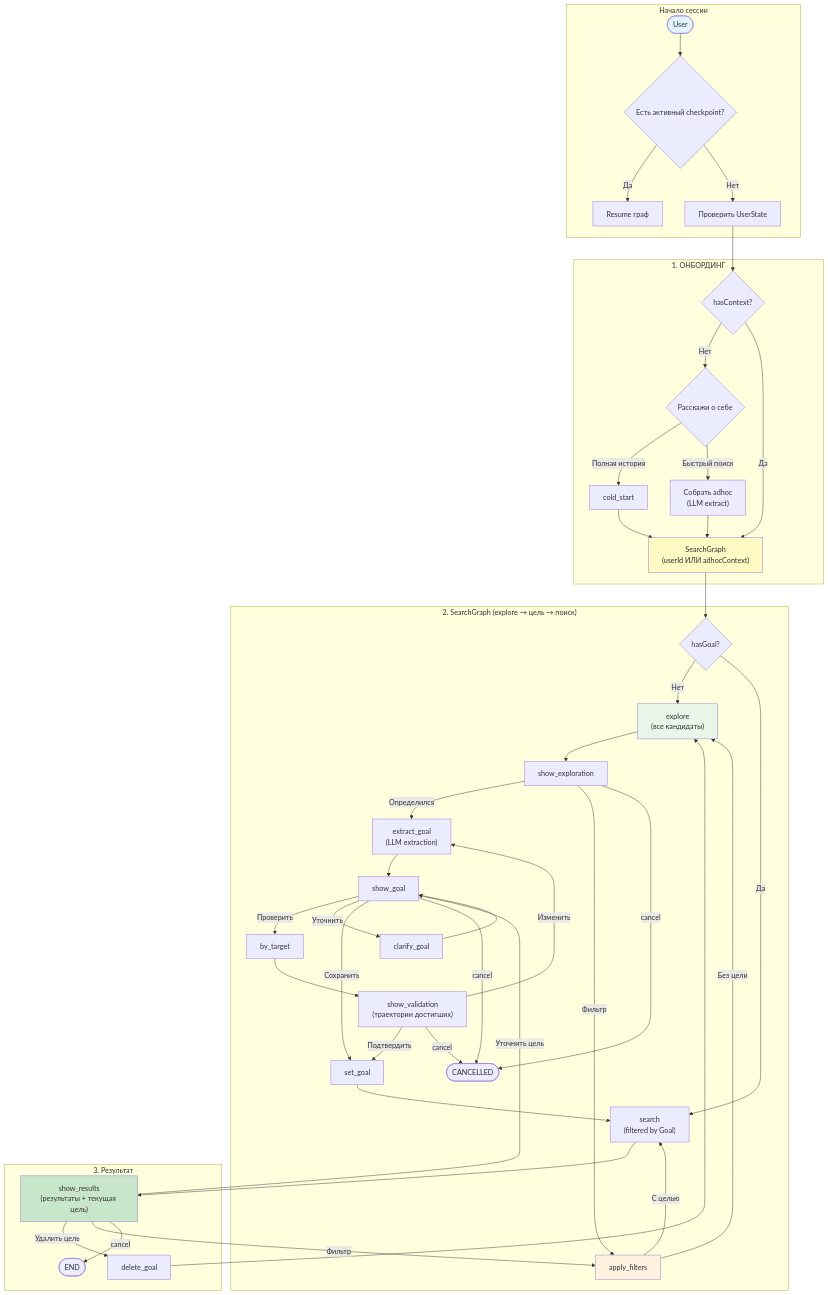
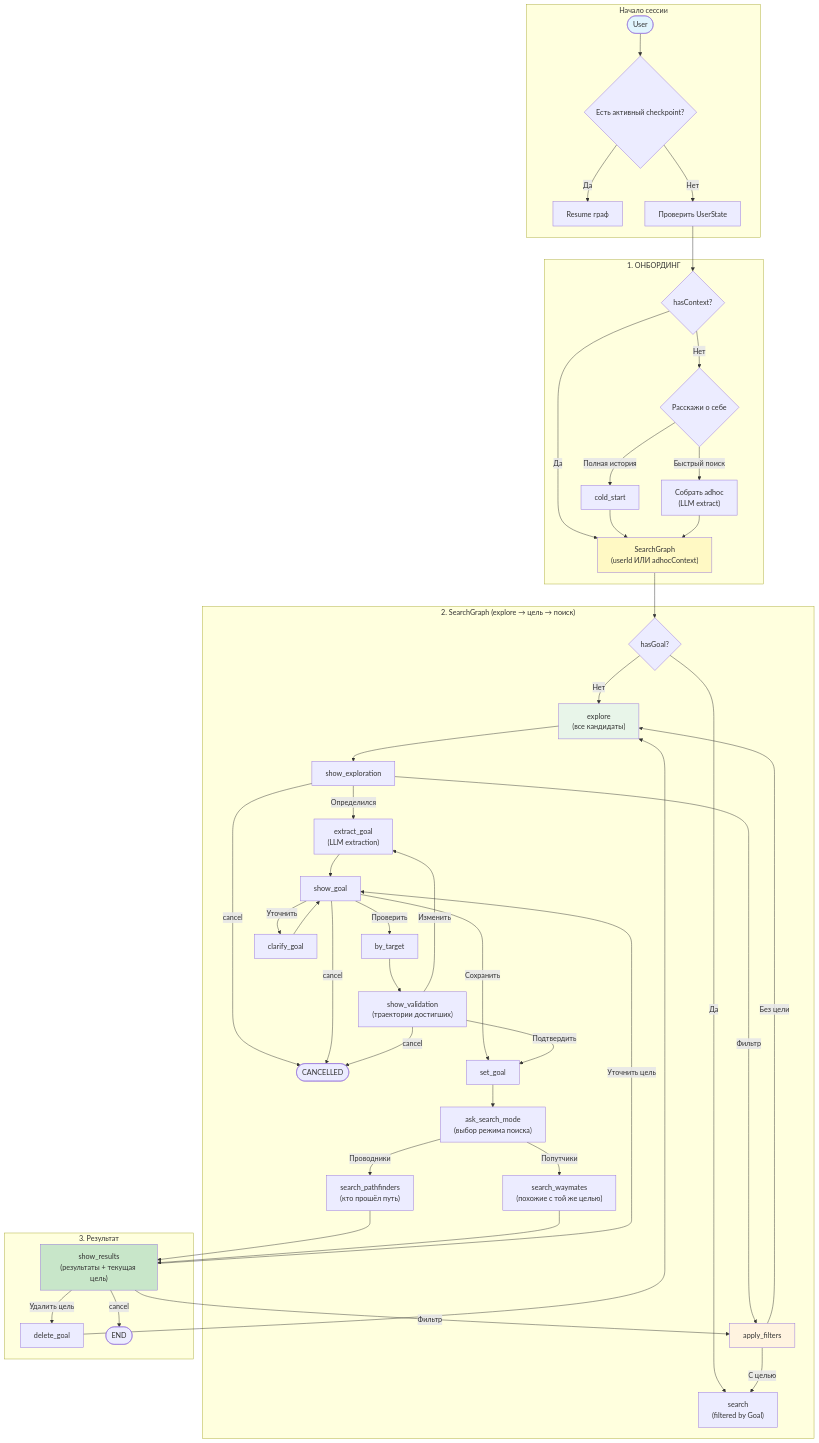
One commit to Alexvozhak/WayMates changed the diagram in mvp-test-final/BUSINESS-LOGIC-MVP.md. Above: the diagram before and after it, drawn with Mermaid. The commit also changed other lines of this file and 33 other files, not shown here.

```diff
--- a/mvp-test-final/BUSINESS-LOGIC-MVP.md
+++ b/mvp-test-final/BUSINESS-LOGIC-MVP.md
@@ -94,12 +94,18 @@
         SHOW_VALIDATION --> |"Изменить"| EXTRACT
         SHOW_VALIDATION --> |"cancel"| CANCELLED
 
-        SET_GOAL --> SEARCH_FILTERED
+        SET_GOAL --> ASK_MODE["ask_search_mode
+(выбор режима поиска)"]
+        ASK_MODE --> |"Проводники"| SEARCH_PATHFINDERS["search_pathfinders
+(кто прошёл путь)"]
+        ASK_MODE --> |"Попутчики"| SEARCH_WAYMATES["search_waymates
+(похожие с той же целью)"]
     end
 
     subgraph RESULT ["3. Результат"]
-        SEARCH_FILTERED --> SHOW_RESULTS["show_results
+        SEARCH_PATHFINDERS --> SHOW_RESULTS["show_results
 (результаты + текущая цель)"]
+        SEARCH_WAYMATES --> SHOW_RESULTS
 
         SHOW_RESULTS --> |"Уточнить цель"| SHOW_GOAL
         SHOW_RESULTS --> |"Удалить цель"| DELETE_GOAL["delete_goal"]
```
